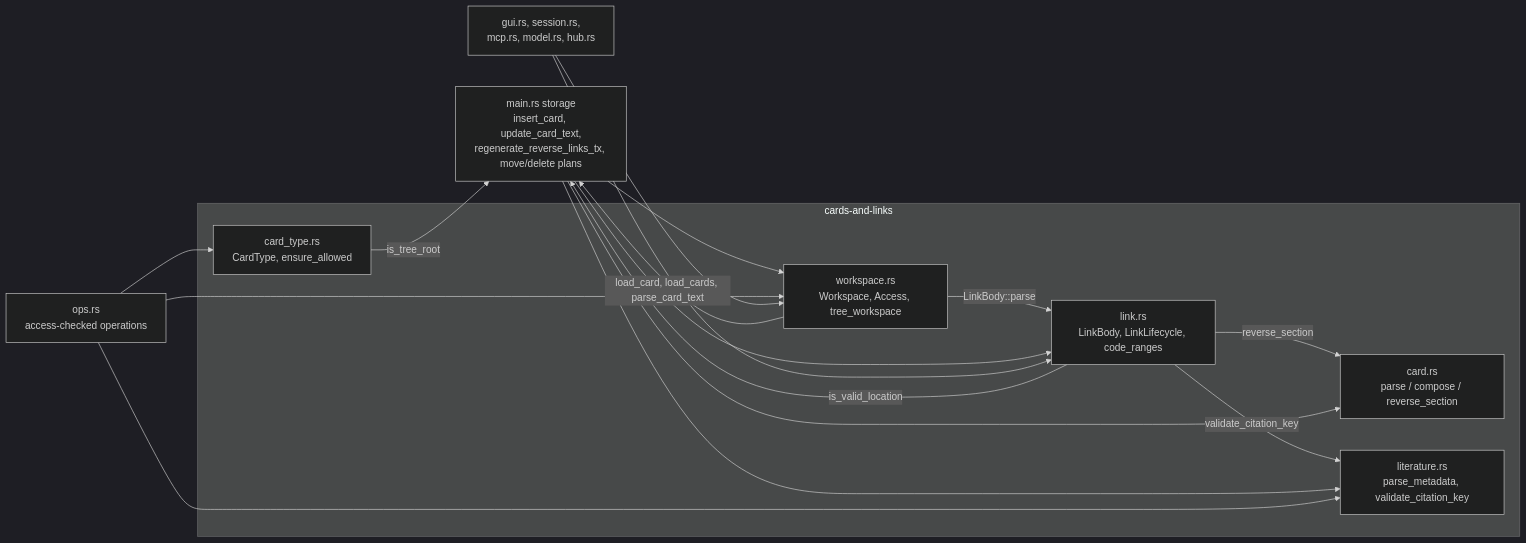
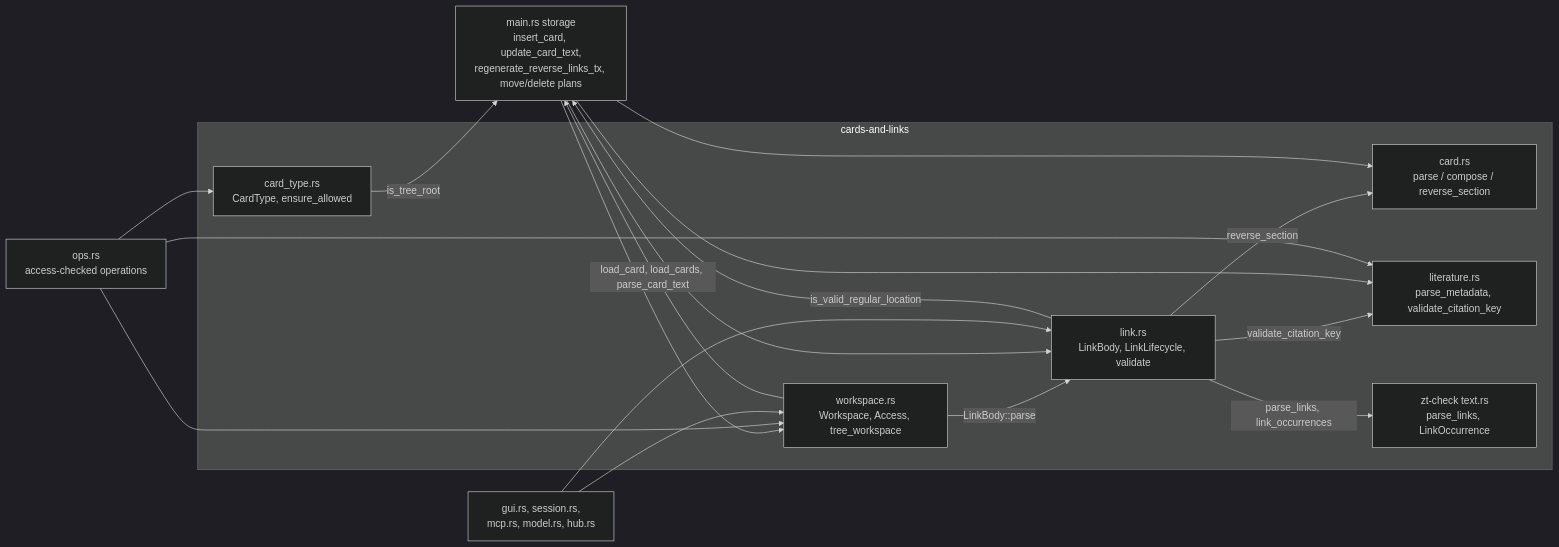
One commit to liudesheng9/zet changed the first of 2 diagrams in docs/wiki/cards-and-links.md. Above: the diagram before and after it, drawn with Mermaid (dark theme). The commit also changed other lines of this file and 24 other files, not shown here.

````diff
--- a/docs/wiki/cards-and-links.md
+++ b/docs/wiki/cards-and-links.md
@@ -61,29 +63,31 @@
 ```mermaid
 flowchart LR
     subgraph block[cards-and-links]
         card[card.rs<br/>parse / compose / reverse_section]
         ctype[card_type.rs<br/>CardType, ensure_allowed]
         lit[literature.rs<br/>parse_metadata, validate_citation_key]
         ws[workspace.rs<br/>Workspace, Access, tree_workspace]
-        link[link.rs<br/>LinkBody, LinkLifecycle, code_ranges]
+        link[link.rs<br/>LinkBody, LinkLifecycle, validate]
+        check[zt-check text.rs<br/>parse_links, LinkOccurrence]
     end
     main[main.rs storage<br/>insert_card, update_card_text,<br/>regenerate_reverse_links_tx, move/delete plans]
     ops[ops.rs<br/>access-checked operations]
     views[gui.rs, session.rs,<br/>mcp.rs, model.rs, hub.rs]
 
+    link -->|parse_links, link_occurrences| check
     link -->|reverse_section| card
     link -->|validate_citation_key| lit
-    link -->|is_valid_location| main
+    link -->|is_valid_regular_location| main
     ws -->|LinkBody::parse| link
     ws -->|load_card, load_cards, parse_card_text| main
     ctype -->|is_tree_root| main
     main --> card
     main --> link
     main --> lit
     main --> ws
     ops --> ws
     ops --> ctype
     ops --> lit
     views --> link
     views --> ws
 ```
````
